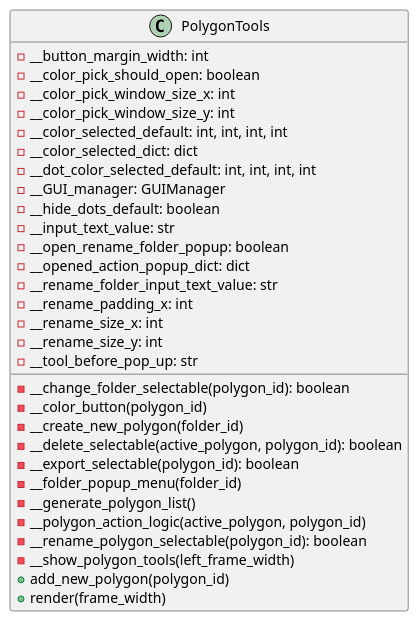
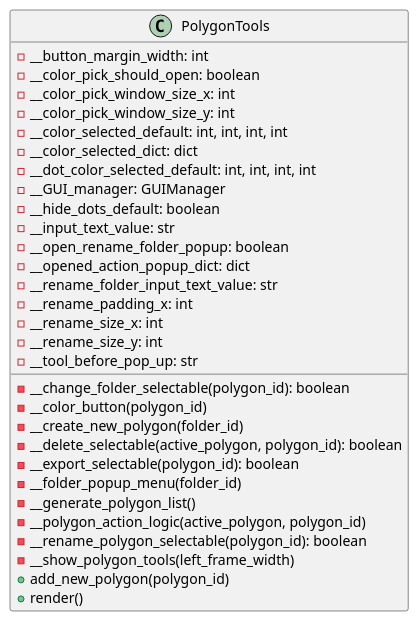
Before and after one commit to ferpoble2/Relief_Creator: the diagram in docs/classes/PolygonTools.puml, drawn with PlantUML. The commit also changed 9 other files, not shown here.

```diff
--- a/docs/classes/PolygonTools.puml
+++ b/docs/classes/PolygonTools.puml
@@ -1,36 +1,36 @@
 @startuml
 
 class PolygonTools{
 
     - __button_margin_width: int
     - __color_pick_should_open: boolean
     - __color_pick_window_size_x: int
     - __color_pick_window_size_y: int
     - __color_selected_default: int, int, int, int
     - __color_selected_dict: dict
     - __dot_color_selected_default: int, int, int, int
     - __GUI_manager: GUIManager
     - __hide_dots_default: boolean
     - __input_text_value: str
     - __open_rename_folder_popup: boolean
     - __opened_action_popup_dict: dict
     - __rename_folder_input_text_value: str
     - __rename_padding_x: int
     - __rename_size_x: int
     - __rename_size_y: int
     - __tool_before_pop_up: str
 
     - __change_folder_selectable(polygon_id): boolean
     - __color_button(polygon_id)
     - __create_new_polygon(folder_id)
     - __delete_selectable(active_polygon, polygon_id): boolean
     - __export_selectable(polygon_id): boolean
     - __folder_popup_menu(folder_id)
     - __generate_polygon_list()
     - __polygon_action_logic(active_polygon, polygon_id)
     - __rename_polygon_selectable(polygon_id): boolean
     - __show_polygon_tools(left_frame_width)
     + add_new_polygon(polygon_id)
-    + render(frame_width)
+    + render()
 }
 @enduml
```
